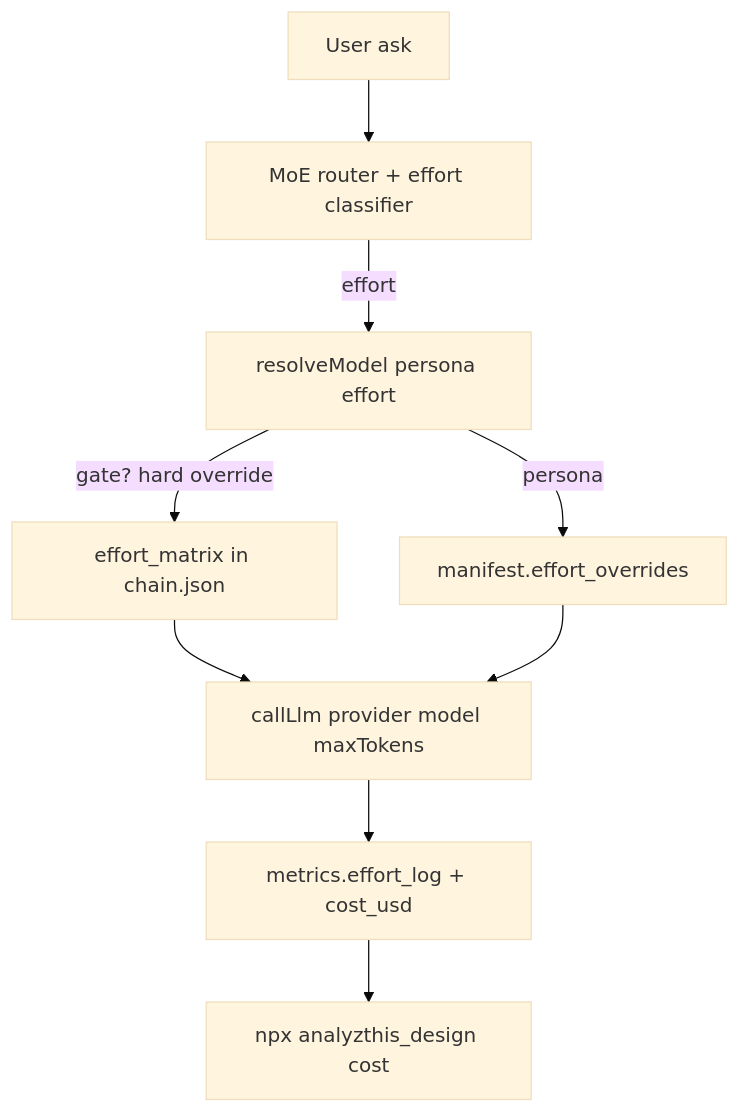
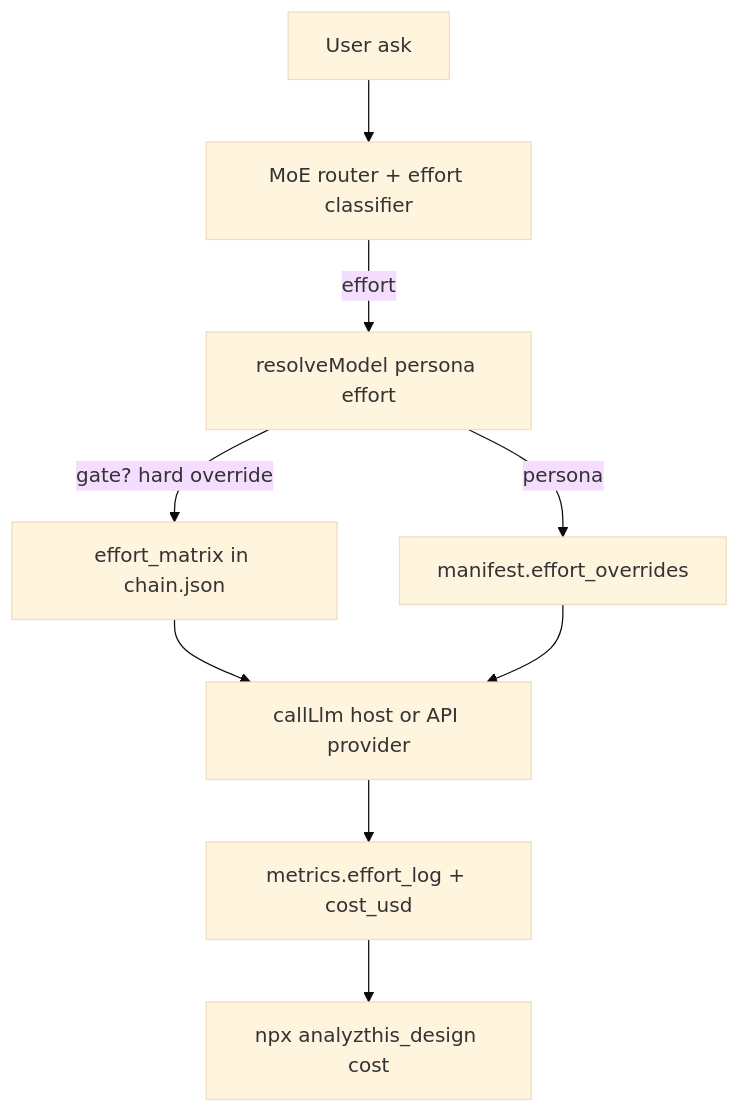
One commit to joshirishi/analyzthis_design changed the diagram in README.md. Above: the diagram before and after it, drawn with Mermaid (base theme). The commit also changed other lines of this file and 94 other files, not shown here.

First line of the commit message:
Add adversarial deliberation, Devi host LLM, Kavi, feedback, and synthesis (v1.20.0)

````diff
--- a/README.md
+++ b/README.md
@@ -165,11 +318,11 @@
 ```mermaid
 flowchart TB
     Ask[User ask] --> Router[MoE router + effort classifier]
     Router -->|effort| Resolve[resolveModel persona effort]
     Resolve -->|gate? hard override| Matrix[effort_matrix in chain.json]
     Resolve -->|persona| Overrides[manifest.effort_overrides]
-    Matrix --> Call[callLlm provider model maxTokens]
+    Matrix --> Call[callLlm host or API provider]
     Overrides --> Call
     Call --> Metrics[metrics.effort_log + cost_usd]
     Metrics --> CostCmd[npx analyzthis_design cost]
 ```
````
